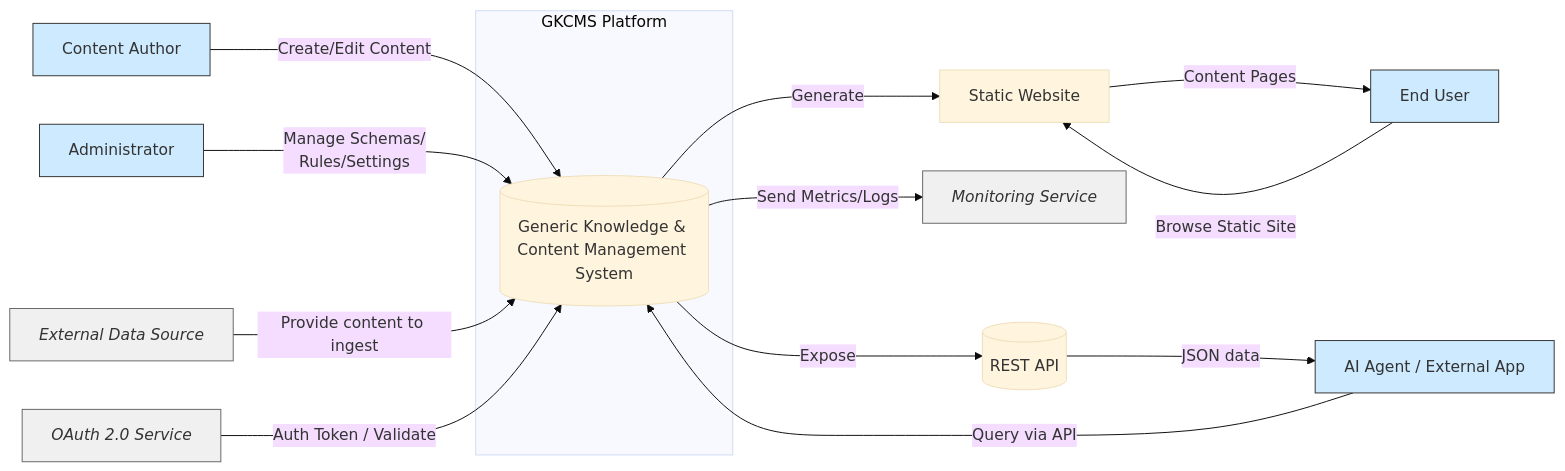
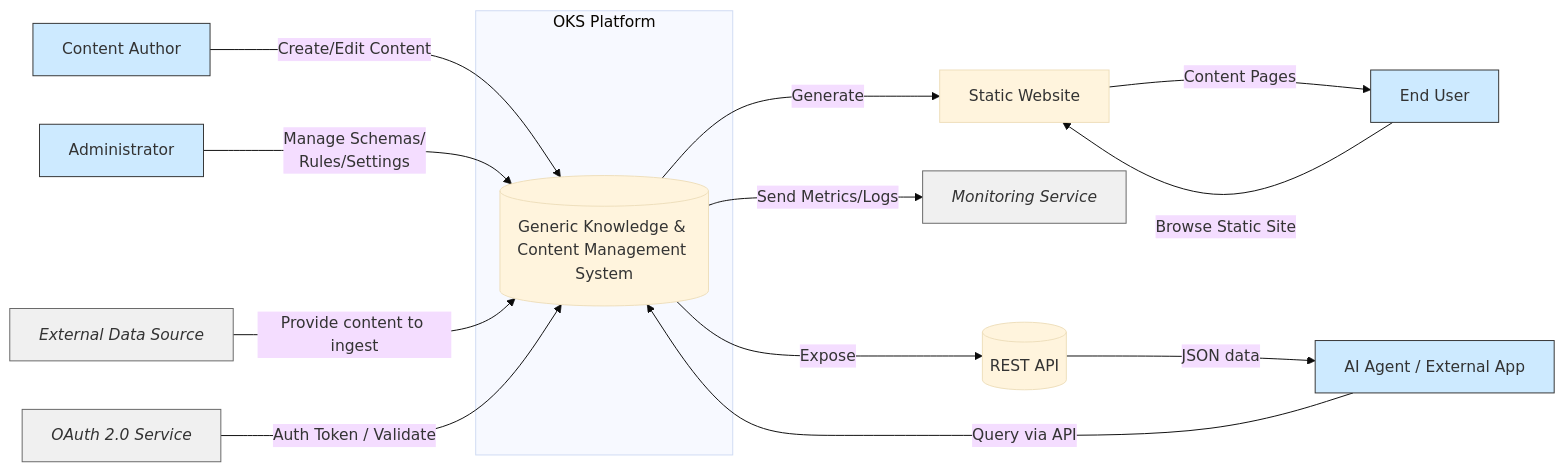
One commit to mattbriggs/enterprise-knowledge-base changed the first of 5 diagrams in content/02_overall_description.md. Above: the diagram before and after it, drawn with Mermaid (base theme). The commit also changed other lines of this file and 3 other files, not shown here.

````diff
--- a/content/02_overall_description.md
+++ b/content/02_overall_description.md
@@ -46,27 +46,27 @@
 ```mermaid
 flowchart LR;
     %% External Actors/Systems
-    Author[Content Author]:::actor -- "Create/Edit Content" --> GK[GKCMS Platform];
+    Author[Content Author]:::actor -- "Create/Edit Content" --> GK[OKS Platform];
     Admin[Administrator]:::actor -- "Manage Schemas/\nRules/Settings" --> GK;
     ExtSrc[External Data Source]:::ext -- "Provide content to ingest" --> GK;
     Agent[AI Agent / External App]:::actor -- "Query via API" --> GK;
     EndUser[End User]:::actor -- "Browse Static Site" --> Site[Static Website];
     AuthProvider[OAuth 2.0 Service]:::ext -- "Auth Token / Validate" --> GK;
     GK -- "Send Metrics/Logs" --> MonitorSys[Monitoring Service]:::ext;
 
-    %% GKCMS System as a box (for visual grouping)
-    subgraph GKCMS Platform
+    %% OKS System as a box (for visual grouping)
+    subgraph OKS Platform
       GK[(Generic Knowledge & Content Management System)]
     end;
 
     %% Outputs
     GK -- "Generate" --> Site;
     GK -- "Expose" --> API[(REST API)];
 
     %% End-user connects to site, external apps to API
     Site -- "Content Pages" --> EndUser;
     API -- "JSON data" --> Agent;
 
     classDef actor fill:#cdeaff,stroke:#333,stroke-width:1px;
     classDef ext fill:#f0f0f0,stroke:#666,stroke-width:1px,font-style:italic;
 ```
````
